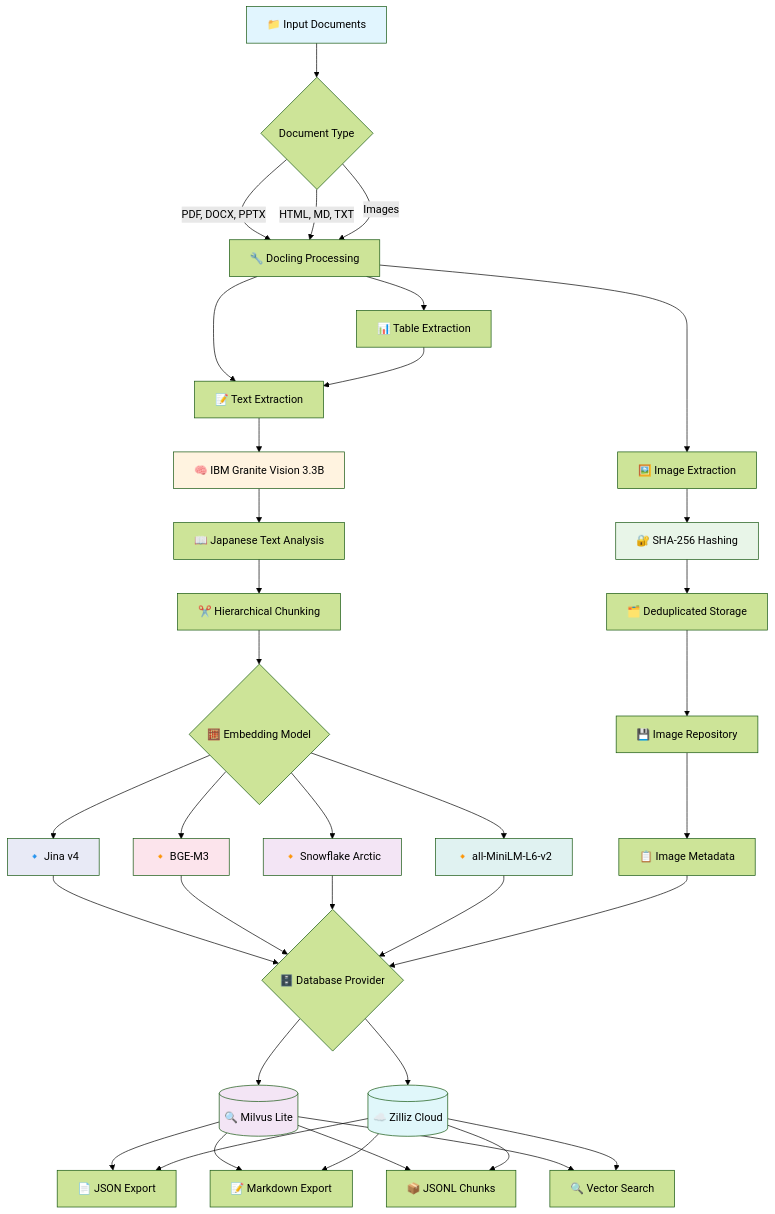
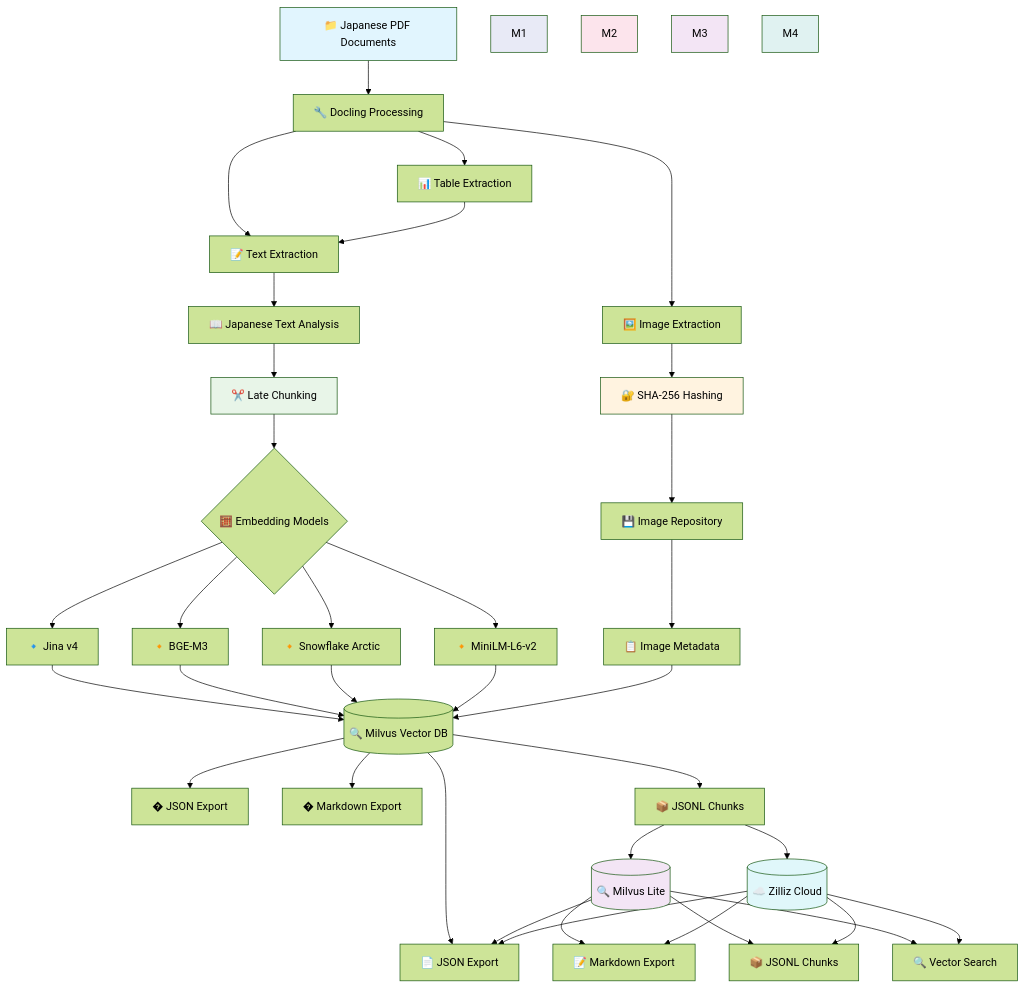
Before and after one commit to paazmaya/docling-japanese-books: the diagram in README.md, drawn with Mermaid (forest theme). The commit also changed other lines of this file and 14 other files, not shown here.

````diff
--- a/README.md
+++ b/README.md
@@ -38,56 +37,55 @@
 ```mermaid
 flowchart TD
-  A[📁 Input Documents] --> B{Document Type}
-  B -->|PDF, DOCX, PPTX| C[🔧 Docling Processing]
-  B -->|HTML, MD, TXT| C
-  B -->|Images| C
+    A[📁 Japanese PDF Documents] --> B[🔧 Docling Processing]
 
-  C --> D[📝 Text Extraction]
-  C --> E[🖼️ Image Extraction]
-  C --> F[📊 Table Extraction]
+    B --> C[📝 Text Extraction]
+    B --> D[🖼️ Image Extraction]
+    B --> E[📊 Table Extraction]
 
-  D --> G[🧠 IBM Granite Vision 3.3B]
-  E --> H[🔐 SHA-256 Hashing]
-  F --> D
+    C --> F[📖 Japanese Text Analysis]
+    D --> G[🔐 SHA-256 Hashing]
+    E --> C
 
-  G --> I[📖 Japanese Text Analysis]
-  H --> J[🗂️ Deduplicated Storage]
+    F --> H[✂️ Late Chunking]
+    G --> I[💾 Image Repository]
 
-  I --> K[✂️ Hierarchical Chunking]
-  J --> L[💾 Image Repository]
+    H --> J{🧮 Embedding Models}
+    J --> J1[🔹 Jina v4]
+    J --> J2[🔸 BGE-M3]
+    J --> J3[🔸 Snowflake Arctic]
+    J --> J4[🔸 MiniLM-L6-v2]
+    I --> K[📋 Image Metadata]
 
-  K --> M{🧮 Embedding Model}
-  M --> M1[🔹 Jina v4]
-  M --> M2[🔸 BGE-M3]
-  M --> M3[🔸 Snowflake Arctic]
-  M --> M4[🔸 all-MiniLM-L6-v2]
-  L --> N[📋 Image Metadata]
+    J1 --> L[(🔍 Milvus Vector DB)]
+    J2 --> L
+    J3 --> L
+    J4 --> L
+    K --> L
 
-  M1 --> O{🗄️ Database Provider}
-  M2 --> O
-  M3 --> O
-  M4 --> O
-  N --> O
+    L --> M[� JSON Export]
+    L --> N[� Markdown Export]
+    L --> O[📦 JSONL Chunks]
+    L --> P[🔍 Vector Search]
 
   O --> O1[(🔍 Milvus Lite)]
   O --> O2[(☁️ Zilliz Cloud)]
 
   O1 --> P[📄 JSON Export]
   O1 --> Q[📝 Markdown Export]
   O1 --> R[📦 JSONL Chunks]
   O1 --> S[🔍 Vector Search]
   O2 --> P
   O2 --> Q
   O2 --> R
   O2 --> S
 
   style A fill:#e1f5fe
   style O1 fill:#f3e5f5
   style O2 fill:#e0f7fa
   style G fill:#fff3e0
   style H fill:#e8f5e8
   style M1 fill:#e8eaf6
   style M2 fill:#fce4ec
   style M3 fill:#f3e5f5
   style M4 fill:#e0f2f1
 ```
````
